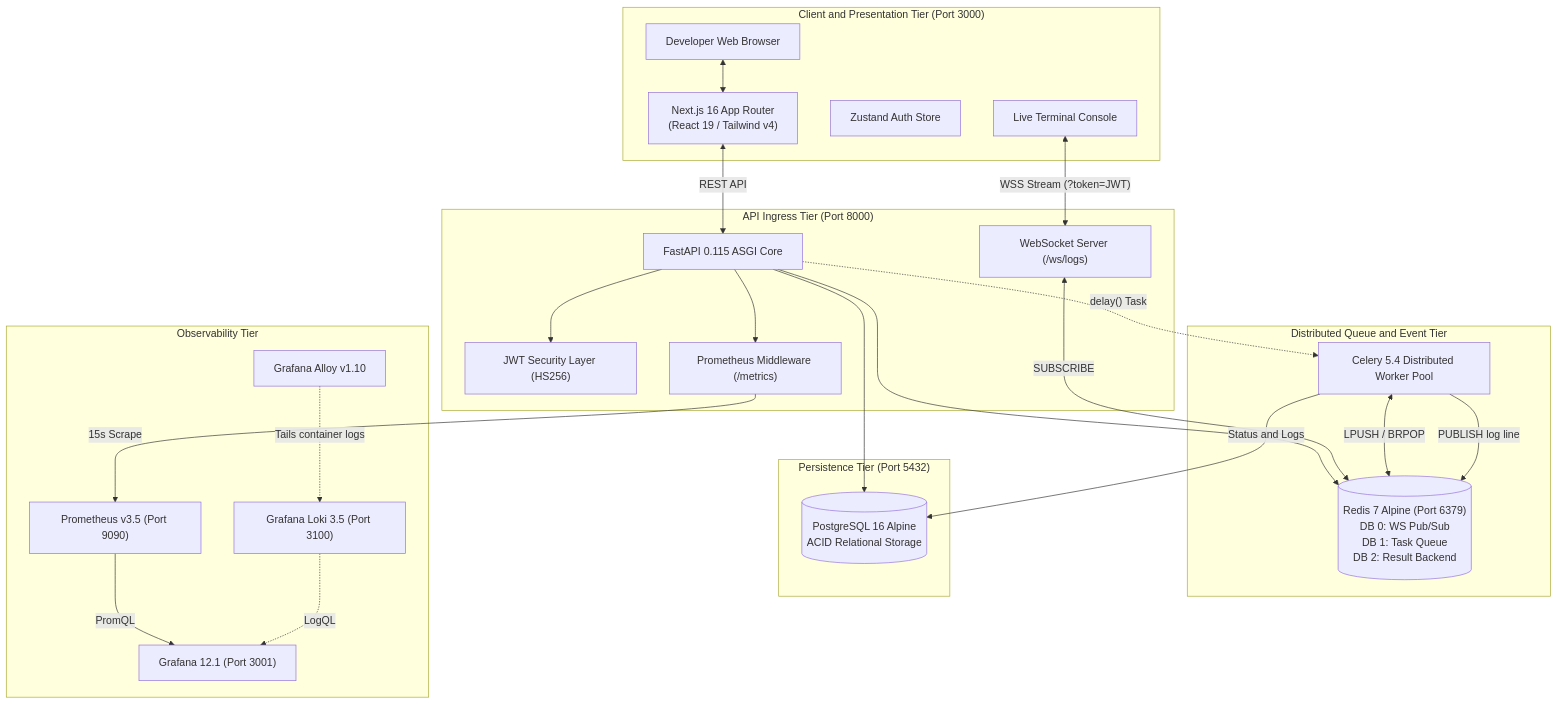
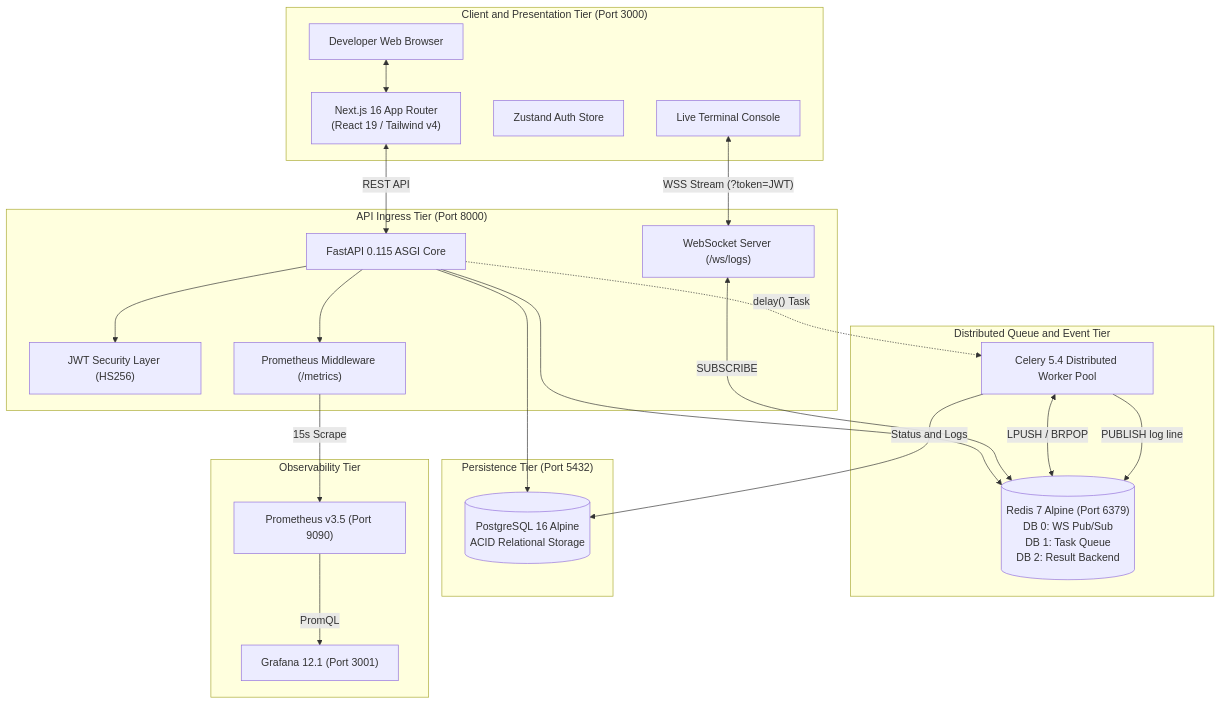
Before and after one commit to satviashwin369-creator/StackForge: the first of 4 diagrams in docs/Architecture.md, drawn with Mermaid. The commit also changed other lines of this file and 23 other files, not shown here.

Commit message:
docs(arch): focus architecture on 4 core interview diagrams and remove duplicate legacy files

````diff
--- a/docs/Architecture.md
+++ b/docs/Architecture.md
@@ -43,52 +40,48 @@
 ```mermaid
 flowchart TD
     subgraph Client ["Client and Presentation Tier (Port 3000)"]
         Browser["Developer Web Browser"]
         NextApp["Next.js 16 App Router<br/>(React 19 / Tailwind v4)"]
         Zustand["Zustand Auth Store"]
         LiveConsole["Live Terminal Console"]
     end
 
     subgraph Gateway ["API Ingress Tier (Port 8000)"]
         FastAPI["FastAPI 0.115 ASGI Core"]
         JWTAuth["JWT Security Layer (HS256)"]
         WSServer["WebSocket Server (/ws/logs)"]
         PrometheusMiddleware["Prometheus Middleware (/metrics)"]
     end
 
     subgraph AsyncTier ["Distributed Queue and Event Tier"]
         Celery["Celery 5.4 Distributed Worker Pool"]
         RedisQ[("Redis 7 Alpine (Port 6379)<br/>DB 0: WS Pub/Sub<br/>DB 1: Task Queue<br/>DB 2: Result Backend")]
     end
 
     subgraph DataTier ["Persistence Tier (Port 5432)"]
         Postgres[("PostgreSQL 16 Alpine<br/>ACID Relational Storage")]
     end
 
     subgraph Observability ["Observability Tier"]
         Prometheus["Prometheus v3.5 (Port 9090)"]
         Grafana["Grafana 12.1 (Port 3001)"]
-        Loki["Grafana Loki 3.5 (Port 3100)"]
-        Alloy["Grafana Alloy v1.10"]
     end
 
     Browser <--> NextApp
     NextApp <-->|"REST API"| FastAPI
     LiveConsole <-->|"WSS Stream (?token=JWT)"| WSServer
 
     FastAPI --> JWTAuth
     FastAPI --> Postgres
     FastAPI --> RedisQ
     WSServer <-->|"SUBSCRIBE"| RedisQ
 
     FastAPI -.->|"delay() Task"| Celery
     Celery <-->|"LPUSH / BRPOP"| RedisQ
     Celery -->|"Status and Logs"| Postgres
     Celery -->|"PUBLISH log line"| RedisQ
 
     FastAPI --> PrometheusMiddleware
     PrometheusMiddleware -->|"15s Scrape"| Prometheus
     Prometheus -->|"PromQL"| Grafana
-    Alloy -.->|"Tails container logs"| Loki
-    Loki -.->|"LogQL"| Grafana
 ```
````
